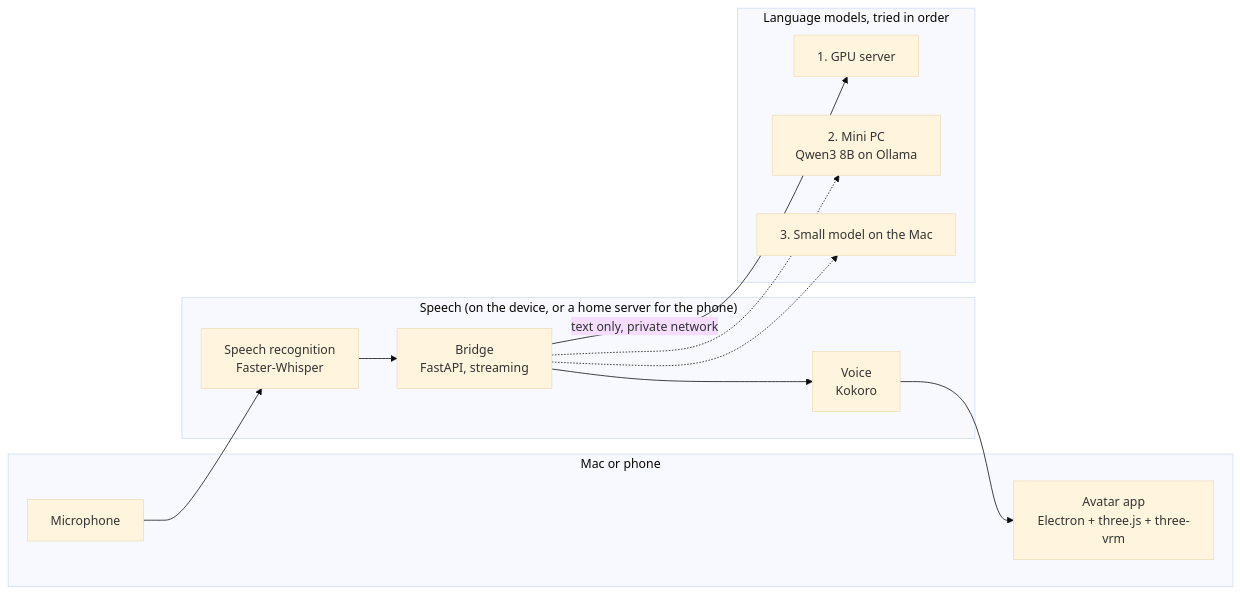
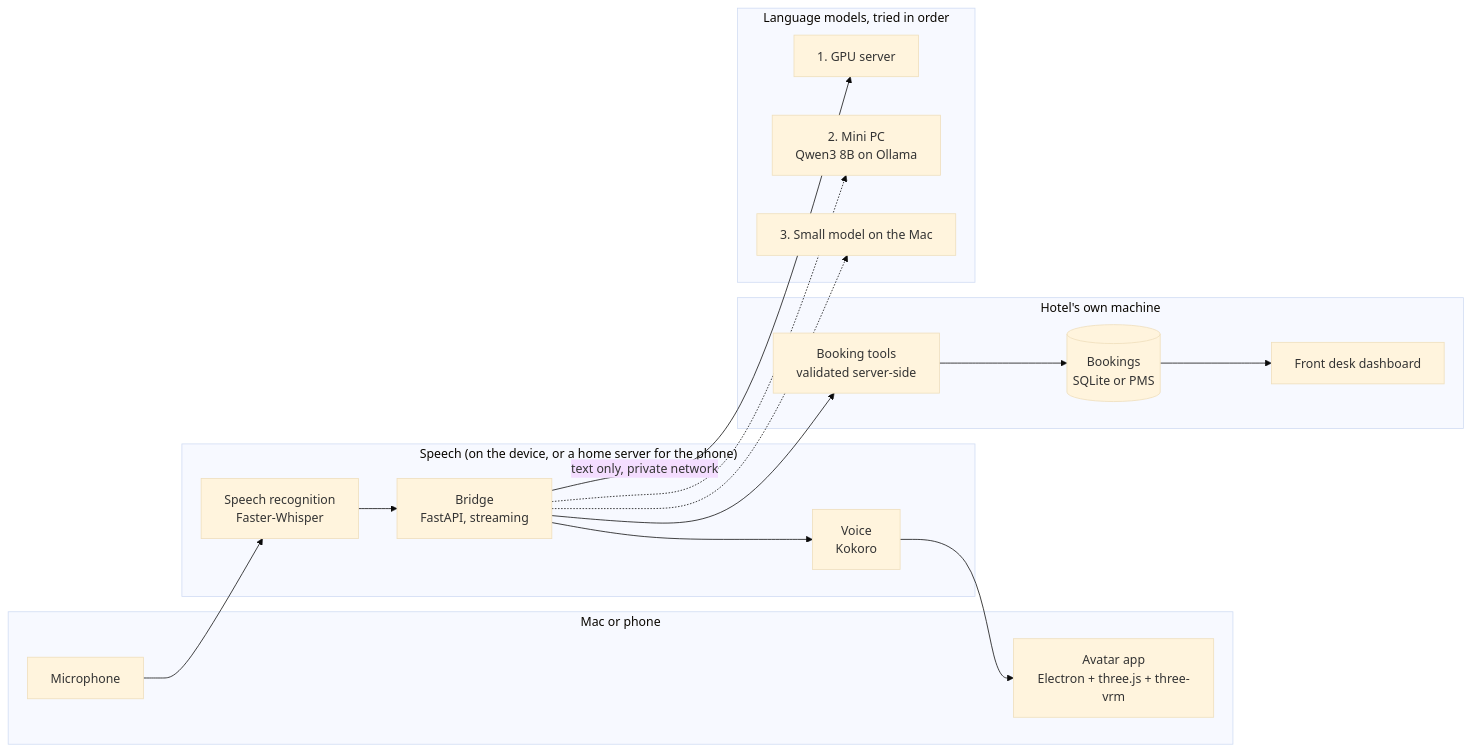
The diagram in README.md (skep13/marina-pro), drawn with Mermaid (base theme) before and after one commit. The commit also changed other lines of this file and 14 other files, not shown here.

````diff
--- a/README.md
+++ b/README.md
@@ -71,22 +73,28 @@
 ```mermaid
 flowchart LR
     subgraph Device["Mac or phone"]
         UI["Avatar app<br/>Electron + three.js + three-vrm"]
         Mic["Microphone"]
     end
     subgraph Speech["Speech (on the device, or a home server for the phone)"]
         ASR["Speech recognition<br/>Faster-Whisper"]
         TTS["Voice<br/>Kokoro"]
         Bridge["Bridge<br/>FastAPI, streaming"]
     end
+    subgraph Hotel["Hotel's own machine"]
+        Tools["Booking tools<br/>validated server-side"]
+        DB[("Bookings<br/>SQLite or PMS")]
+        Staff["Front desk dashboard"]
+    end
     subgraph Models["Language models, tried in order"]
         GPU["1. GPU server"]
         Mini["2. Mini PC<br/>Qwen3 8B on Ollama"]
         Local["3. Small model on the Mac"]
     end
     Mic --> ASR --> Bridge
     Bridge -- "text only, private network" --> GPU
     Bridge -.-> Mini
     Bridge -.-> Local
     Bridge --> TTS --> UI
+    Bridge --> Tools --> DB --> Staff
 ```
````
